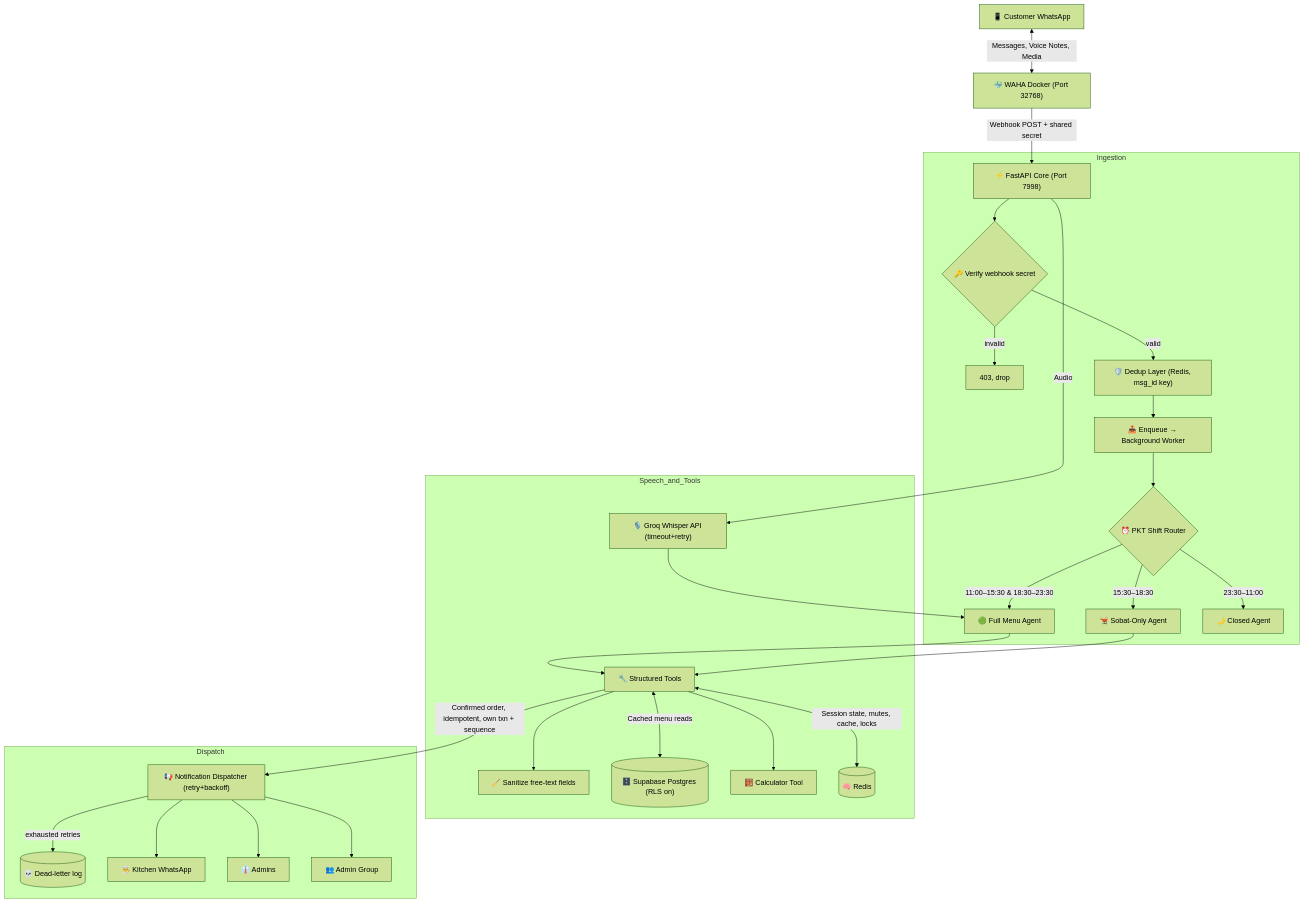
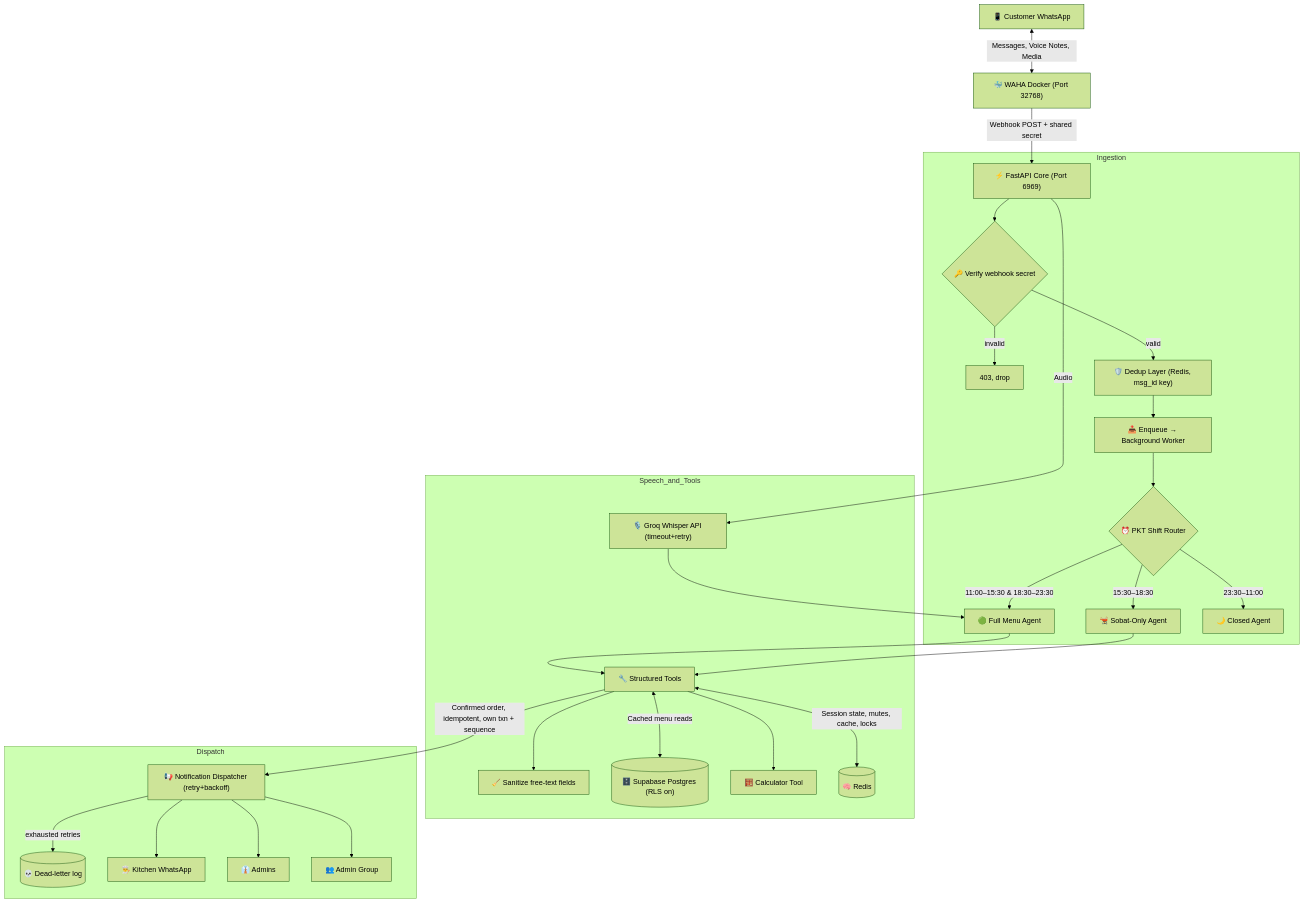
The diagram in pace-whatsapp-bot-plan-v3.md (moizkhan-08/PACERESTAURENTBOT), drawn with Mermaid (forest theme) before and after one commit. The commit also changed other lines of this file and 4 other files, not shown here.

````diff
--- a/pace-whatsapp-bot-plan-v3.md
+++ b/pace-whatsapp-bot-plan-v3.md
@@ -37,34 +37,34 @@
 ```mermaid
 graph TD
     A["📱 Customer WhatsApp"] <-->|Messages, Voice Notes, Media| B["🐳 WAHA Docker (Port 32768)"]
-    B -->|Webhook POST + shared secret| C["⚡ FastAPI Core (Port 7998)"]
+    B -->|Webhook POST + shared secret| C["⚡ FastAPI Core (Port 6969)"]
 
     subgraph Ingestion
         C --> C1{"🔑 Verify webhook secret"}
         C1 -->|invalid| X["403, drop"]
         C1 -->|valid| D["🛡️ Dedup Layer (Redis, msg_id key)"]
         D --> D2["📥 Enqueue → Background Worker"]
         D2 --> E{"⏰ PKT Shift Router"}
         E -->|11:00–15:30 & 18:30–23:30| F["🟢 Full Menu Agent"]
         E -->|15:30–18:30| G["🫕 Sobat-Only Agent"]
         E -->|23:30–11:00| H["🌙 Closed Agent"]
     end
 
     subgraph Speech_and_Tools
         C -->|Audio| I["🎙️ Groq Whisper API (timeout+retry)"]
         I --> F
         F & G --> J["🔧 Structured Tools"]
         J --> J1["🧹 Sanitize free-text fields"]
         J <-->|Cached menu reads| K[("🗄️ Supabase Postgres (RLS on)")]
         J --> L["🧮 Calculator Tool"]
         J <-->|Session state, mutes, cache, locks| R[("🧠 Redis")]
     end
 
     subgraph Dispatch
         J -->|Confirmed order, idempotent, own txn + sequence| M["📢 Notification Dispatcher (retry+backoff)"]
         M -->|exhausted retries| DL[("💀 Dead-letter log")]
         M --> N["👨‍🍳 Kitchen WhatsApp"]
         M --> O["👔 Admins"]
         M --> P["👥 Admin Group"]
     end
 ```
````
